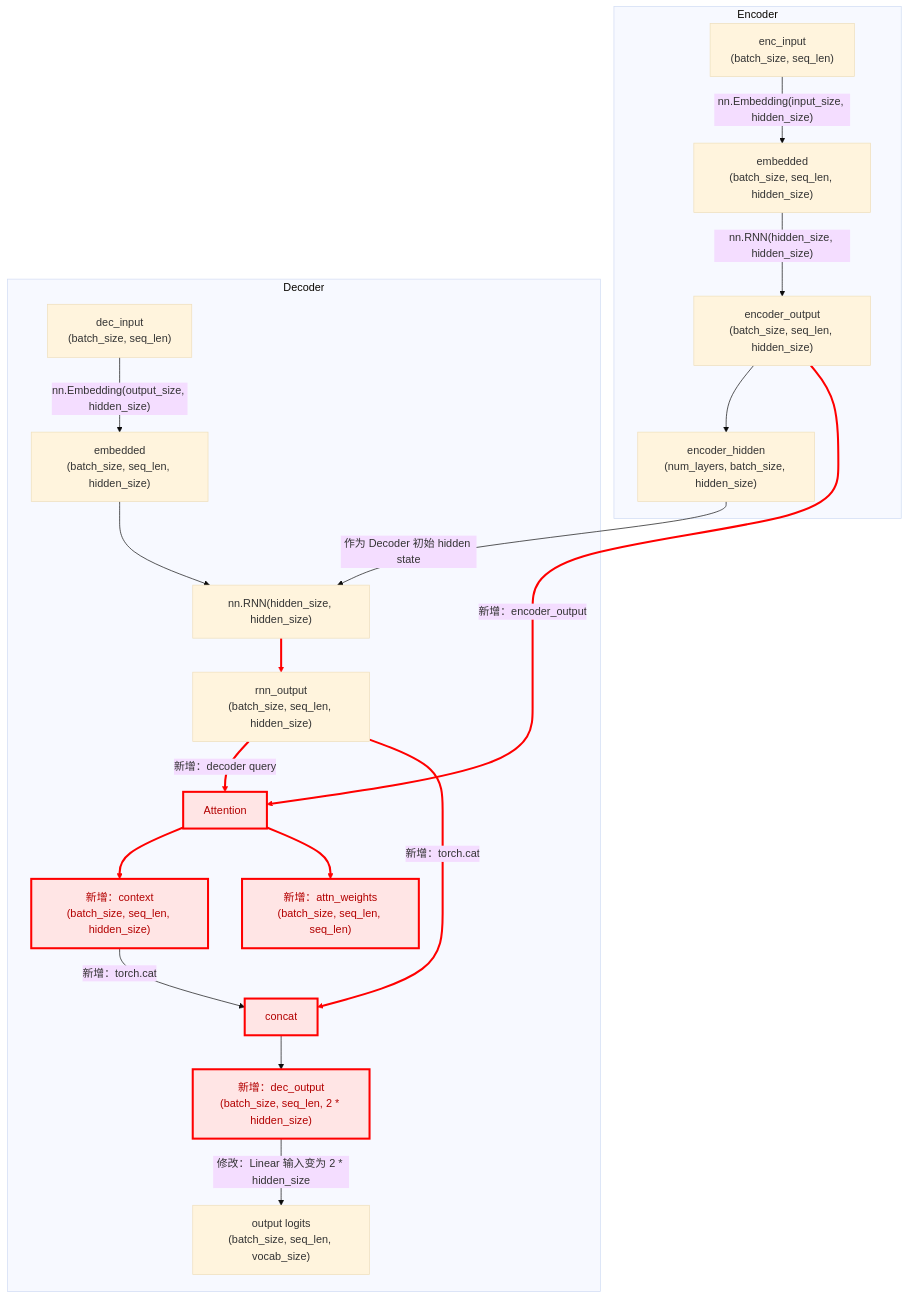
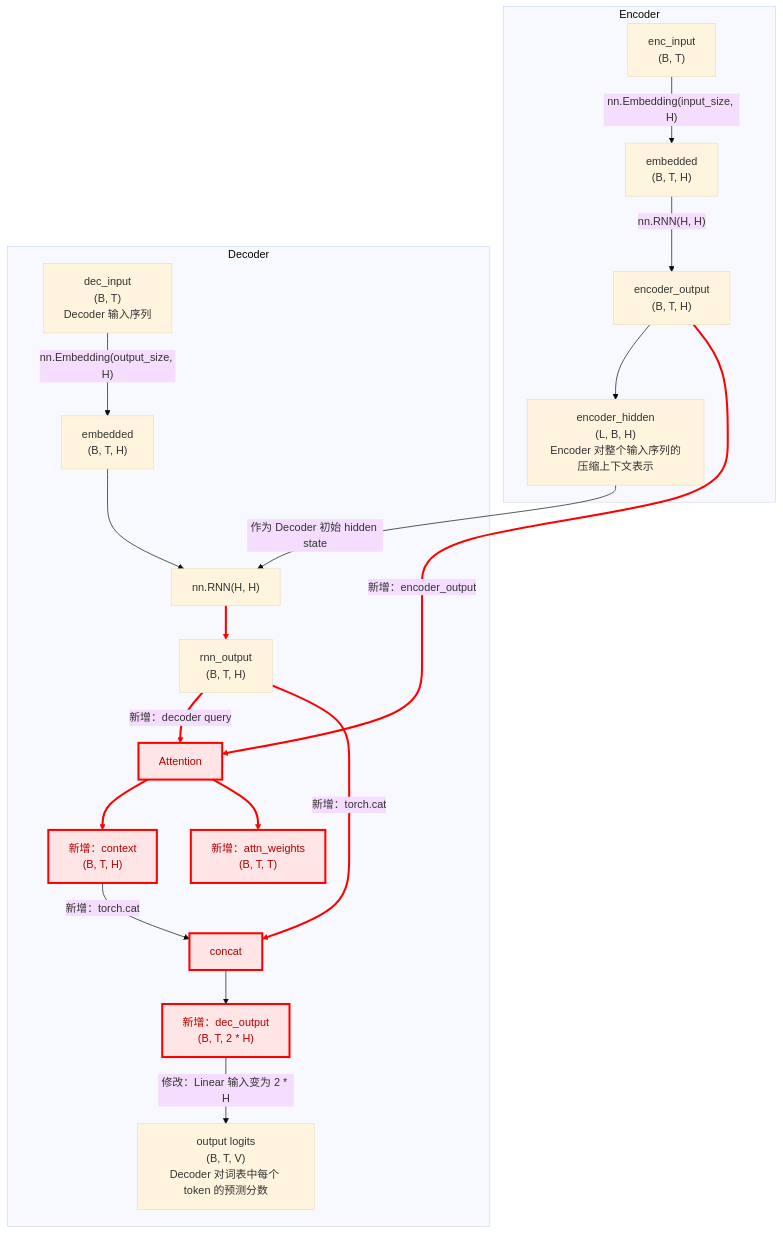
The second of 2 diagrams in _posts/2026-05-24-llm-diagrammatize-seq2seq-attention.markdown (izualzhy/yingshin.github.io), drawn with Mermaid (base theme) before and after one commit. The commit also changed other lines of this file and 6 other files, not shown here.

````diff
--- a/_posts/2026-05-24-llm-diagrammatize-seq2seq-attention.markdown
+++ b/_posts/2026-05-24-llm-diagrammatize-seq2seq-attention.markdown
@@ -226,82 +235,82 @@
 ```mermaid
 flowchart TD
 
 subgraph Encoder
-    A["enc_input<br/>(batch_size, seq_len)"]
+    A["enc_input<br/>(B, T)"]
 
     A
-    -- "nn.Embedding(input_size, hidden_size)" -->
-    B["embedded<br/>(batch_size, seq_len, hidden_size)"]
+    -- "nn.Embedding(input_size, H)" -->
+    B["embedded<br/>(B, T, H)"]
 
     B
-    -- "nn.RNN(hidden_size, hidden_size)" -->
-    C["encoder_output<br/>(batch_size, seq_len, hidden_size)"]
+    -- "nn.RNN(H, H)" -->
+    C["encoder_output<br/>(B, T, H)"]
 
     C
-    --> D["encoder_hidden<br/>(num_layers, batch_size, hidden_size)"]
+    --> D["encoder_hidden<br/>(L, B, H)<br/>Encoder 对整个输入序列的压缩上下文表示"]
 end
 
 D
 -- "作为 Decoder 初始 hidden state" -->
 E
 
 subgraph Decoder
-    F["dec_input<br/>(batch_size, seq_len)"]
+    F["dec_input<br/>(B, T)<br/>Decoder 输入序列"]
 
     F
-    -- "nn.Embedding(output_size, hidden_size)" -->
-    G["embedded<br/>(batch_size, seq_len, hidden_size)"]
+    -- "nn.Embedding(output_size, H)" -->
+    G["embedded<br/>(B, T, H)"]
 
     G
-    --> E["nn.RNN(hidden_size, hidden_size)"]
+    --> E["nn.RNN(H, H)"]
 
     E
-    --> H["rnn_output<br/>(batch_size, seq_len, hidden_size)"]
+    --> H["rnn_output<br/>(B, T, H)"]
 
     %% Attention 新增部分
     C
     -- "新增：encoder_output" -->
     J["Attention"]
 
     H
     -- "新增：decoder query" -->
     J
 
     J
-    --> K["新增：context<br/>(batch_size, seq_len, hidden_size)"]
+    --> K["新增：context<br/>(B, T, H)"]
 
     J
-    --> L["新增：attn_weights<br/>(batch_size, seq_len, seq_len)"]
+    --> L["新增：attn_weights<br/>(B, T, T)"]
 
     %% concat 新增
     H
     -- "新增：torch.cat" -->
     M["concat"]
 
     K
     -- "新增：torch.cat" -->
     M
 
     M
-    --> N["新增：dec_output<br/>(batch_size, seq_len, 2 * hidden_size)"]
+    --> N["新增：dec_output<br/>(B, T, 2 * H)"]
 
     %% Linear 输入变化
     N
-    -- "修改：Linear 输入变为 2 * hidden_size" -->
-    O["output logits<br/>(batch_size, seq_len, vocab_size)"]
+    -- "修改：Linear 输入变为 2 * H" -->
+    O["output logits<br/>(B, T, V)<br/>Decoder 对词表中每个 token 的预测分数"]
 end
 
 %% 红色高亮
 style J fill:#ffe5e5,stroke:#ff0000,stroke-width:3px,color:#b30000
 style K fill:#ffe5e5,stroke:#ff0000,stroke-width:3px,color:#b30000
 style L fill:#ffe5e5,stroke:#ff0000,stroke-width:3px,color:#b30000
 style M fill:#ffe5e5,stroke:#ff0000,stroke-width:3px,color:#b30000
 style N fill:#ffe5e5,stroke:#ff0000,stroke-width:3px,color:#b30000
 
 linkStyle 6 stroke:#ff0000,stroke-width:3px
 linkStyle 7 stroke:#ff0000,stroke-width:3px
 linkStyle 8 stroke:#ff0000,stroke-width:3px
 linkStyle 9 stroke:#ff0000,stroke-width:3px
 linkStyle 10 stroke:#ff0000,stroke-width:3px
 linkStyle 11 stroke:#ff0000,stroke-width:3px
 ```
````
